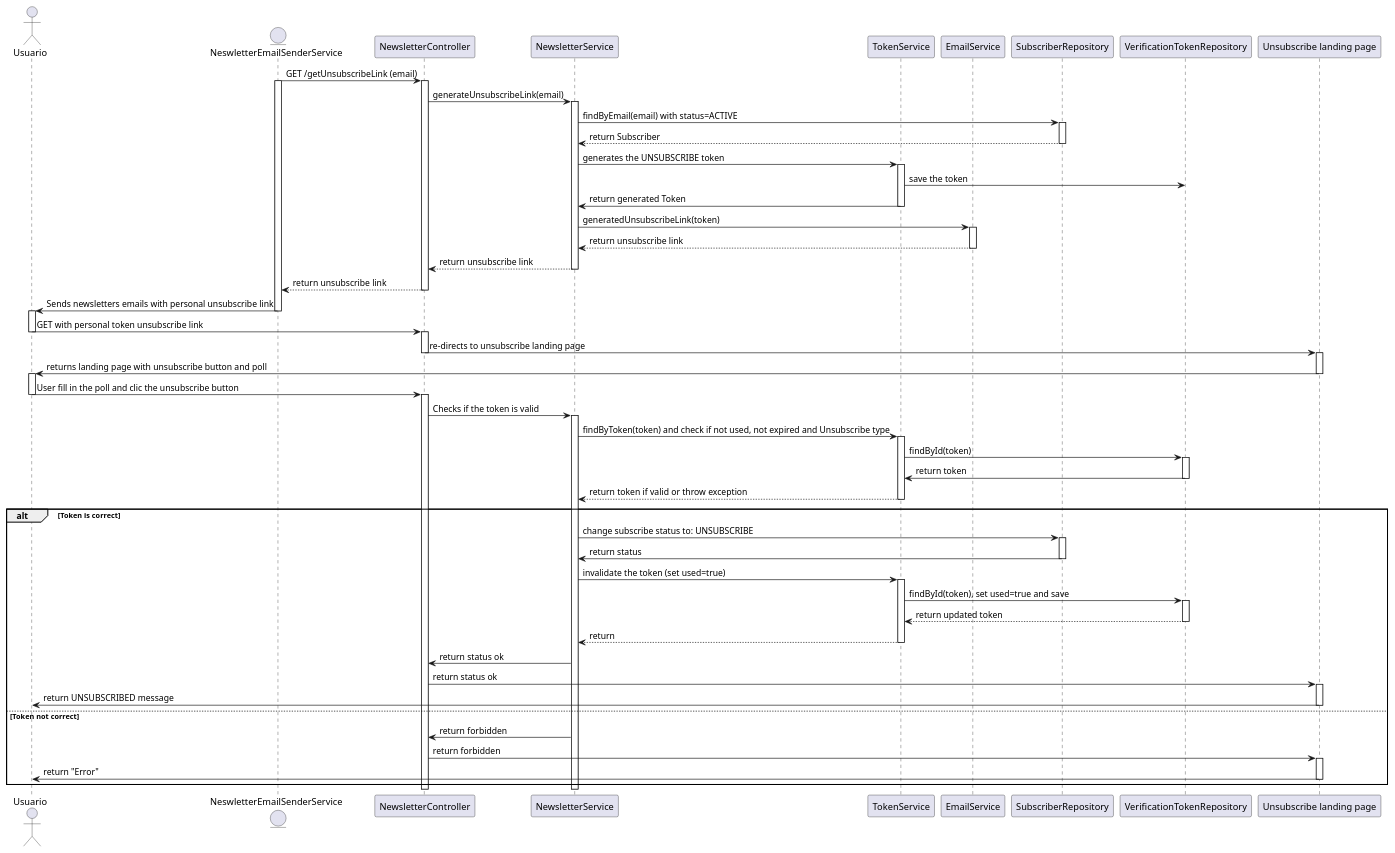
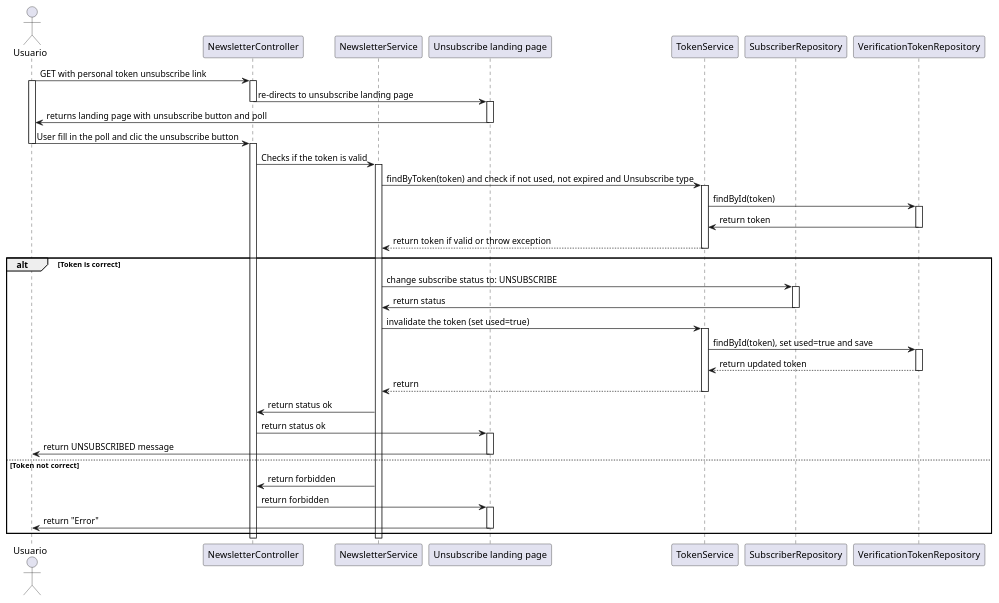
The diagram in plantUML/unsubscribe_sequence_diagram.puml (raullopezpenalva/Newsletter-Service), drawn with PlantUML before and after one commit. The commit also changed 4 other files, not shown here.

Commit message:
Update README.md to include subscription and unsubscribe flow diagrams; add unsubscribe link generation sequence diagram

```diff
--- a/plantUML/unsubscribe_sequence_diagram.puml
+++ b/plantUML/unsubscribe_sequence_diagram.puml
@@ -1,93 +1,65 @@
 @startuml unsubscribe_sequence_diagram
 actor Usuario
-entity "NeswletterEmailSenderService" as EmailSenderService
 
 participant "NewsletterController" as Controller
 participant "NewsletterService" as Service
+participant "Unsubscribe landing page" as FrontendService
 participant "TokenService" as TokenService
-participant "EmailService" as EmailService
 participant "SubscriberRepository" as Repo
 participant "VerificationTokenRepository" as TokenRepo
-participant "Unsubscribe landing page" as FrontendService
 
-EmailSenderService -> Controller : GET /getUnsubscribeLink (email)
-activate EmailSenderService
-activate Controller
-Controller -> Service : generateUnsubscribeLink(email)
-activate Service
-Service -> Repo : findByEmail(email) with status=ACTIVE
-activate Repo
-Repo --> Service : return Subscriber
-deactivate Repo
-Service -> TokenService : generates the UNSUBSCRIBE token
-activate TokenService
-TokenService -> TokenRepo : save the token
-TokenService -> Service : return generated Token
-deactivate TokenService
-Service -> EmailService : generatedUnsubscribeLink(token)
-activate EmailService
-EmailService --> Service : return unsubscribe link
-deactivate EmailService
-Service --> Controller : return unsubscribe link
-deactivate Service
-Controller --> EmailSenderService : return unsubscribe link
-deactivate Controller
-EmailSenderService -> Usuario : Sends newsletters emails with personal unsubscribe link 
-deactivate EmailSenderService
+Usuario -> Controller : GET with personal token unsubscribe link
 activate Usuario
-Usuario -> Controller : GET with personal token unsubscribe link
-deactivate Usuario
 
 activate Controller
 Controller -> FrontendService : re-directs to unsubscribe landing page
 deactivate Controller
 
 activate FrontendService
 FrontendService -> Usuario : returns landing page with unsubscribe button and poll
 deactivate FrontendService
 
-activate Usuario
 Usuario -> Controller : User fill in the poll and clic the unsubscribe button
 deactivate Usuario
 activate Controller 
 Controller -> Service : Checks if the token is valid
 activate Service
 Service -> TokenService : findByToken(token) and check if not used, not expired and Unsubscribe type
 activate TokenService
 TokenService -> TokenRepo : findById(token)
 activate TokenRepo
 TokenRepo -> TokenService : return token
 deactivate TokenRepo
 TokenService --> Service : return token if valid or throw exception
 deactivate TokenService
 
 alt Token is correct
   Service -> Repo : change subscribe status to: UNSUBSCRIBE
   activate Repo
   Repo -> Service : return status
   deactivate Repo
   Service -> TokenService : invalidate the token (set used=true)
   activate TokenService
   TokenService -> TokenRepo : findById(token), set used=true and save
   activate TokenRepo
   TokenRepo --> TokenService : return updated token
   deactivate TokenRepo
   TokenService --> Service : return
   deactivate TokenService
   Service -> Controller : return status ok
   Controller -> FrontendService : return status ok
   activate FrontendService
   FrontendService -> Usuario : return UNSUBSCRIBED message
   deactivate FrontendService
 else Token not correct
   Service -> Controller : return forbidden
   Controller -> FrontendService : return forbidden
   activate FrontendService
   FrontendService -> Usuario : return "Error"
   deactivate FrontendService
 end
 
 deactivate Service
 deactivate Controller
 
 @enduml
```
